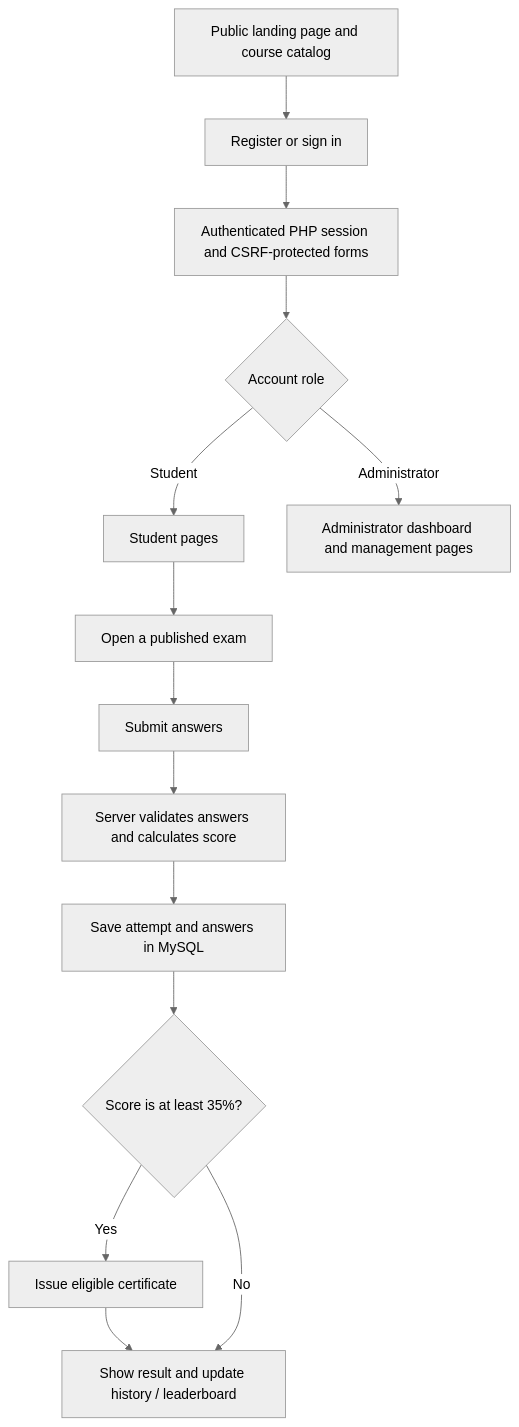
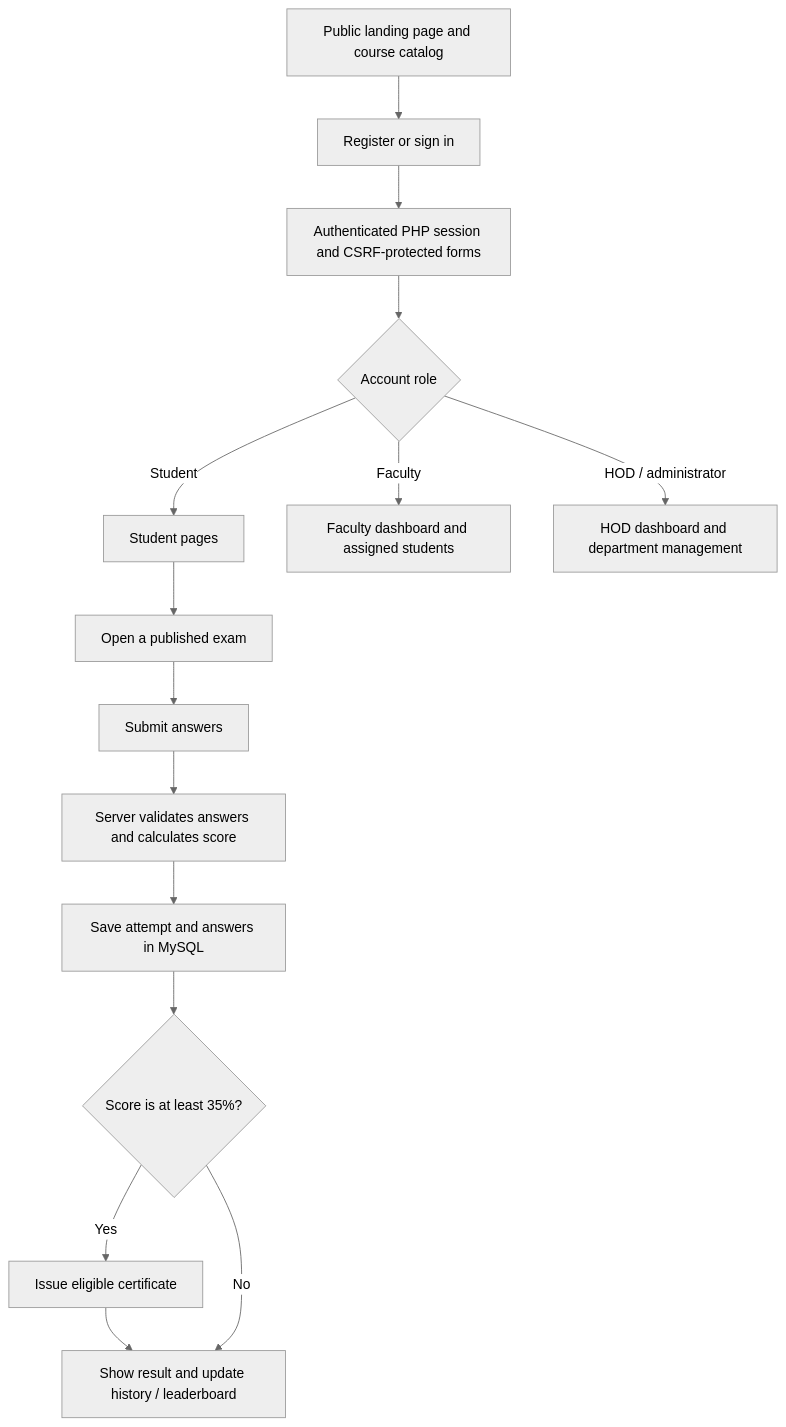
Before and after one commit to pratibhabandi30-ship-it/Online-Exam-AWS: the second of 2 diagrams in README.md, drawn with Mermaid (neutral theme). The commit also changed other lines of this file and 79 other files, not shown here.

````diff
--- a/README.md
+++ b/README.md
@@ -64,23 +66,25 @@
 ```mermaid
 flowchart TD
     Public[Public landing page and course catalog]
     Register[Register or sign in]
     Session[Authenticated PHP session and CSRF-protected forms]
     Role{Account role}
     Student[Student pages]
+    Faculty[Faculty dashboard and assigned students]
     Exam[Open a published exam]
     Submit[Submit answers]
     Grade[Server validates answers and calculates score]
     Save[Save attempt and answers in MySQL]
     Certificate{Score is at least 35%?}
     Issue[Issue eligible certificate]
     Result[Show result and update history / leaderboard]
-    Admin[Administrator dashboard and management pages]
+    Admin[HOD dashboard and department management]
 
     Public --> Register --> Session --> Role
     Role -->|Student| Student
+    Role -->|Faculty| Faculty
     Student --> Exam --> Submit --> Grade --> Save --> Certificate
     Certificate -->|Yes| Issue --> Result
     Certificate -->|No| Result
-    Role -->|Administrator| Admin
+    Role -->|HOD / administrator| Admin
 ```
````
